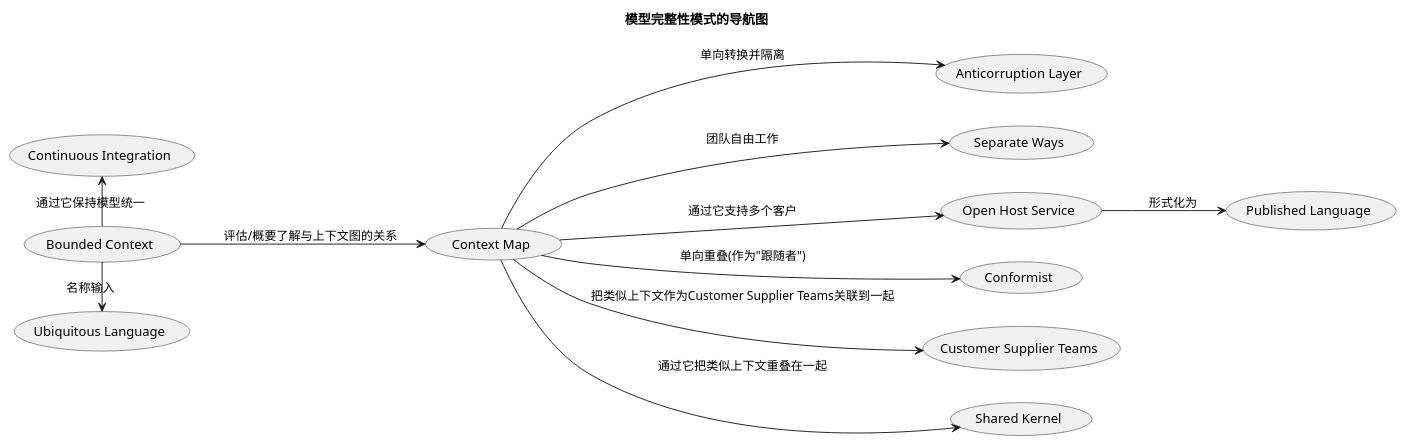
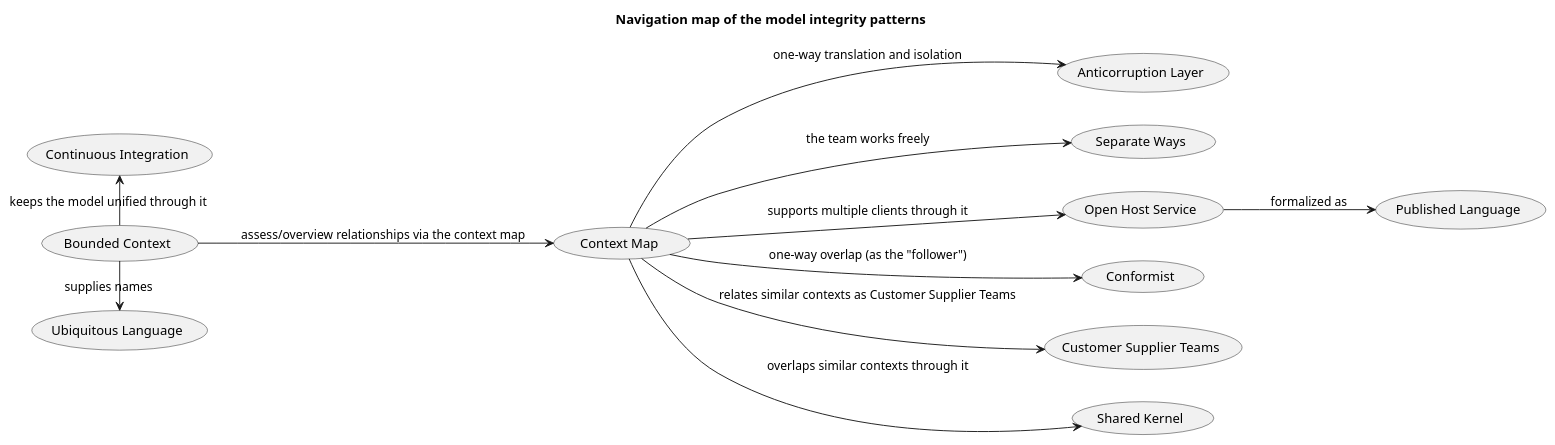
Before and after one commit to lindezhong/nvim-config: diagram 13 of 19 in snippets/ddd.md, drawn with PlantUML. The commit also changed other lines of this file and 17 other files, not shown here.

````diff
--- a/snippets/ddd.md
+++ b/snippets/ddd.md
@@ -1164,31 +1440,31 @@
 ```plantuml
 @startuml
 allowmixing
 left to right direction
-title 模型完整性模式的导航图
+title Navigation map of the model integrity patterns
 
 usecase "Ubiquitous Language" as ul
 usecase "Bounded Context" as bc
 usecase "Continuous Integration" as ci
 usecase "Context Map" as cm
 usecase "Anticorruption Layer" as al
 usecase "Separate Ways" as sw
 usecase "Open Host Service" as ohs
 usecase "Published Language" as pl
 usecase Conformist
 usecase "Customer Supplier Teams" as cst
 usecase "Shared Kernel" as sk
 
-bc -right-> ul : 名称输入
-bc -left-> ci : 通过它保持模型统一
-bc --> cm : 评估/概要了解与上下文图的关系
-cm --> al : 单向转换并隔离
-cm --> sw : 团队自由工作
-cm --> ohs : 通过它支持多个客户
-ohs --> pl : 形式化为
-cm --> Conformist : 单向重叠(作为"跟随者")
-cm --> cst : 把类似上下文作为Customer Supplier Teams关联到一起
-cm --> sk : 通过它把类似上下文重叠在一起
+bc -right-> ul : supplies names
+bc -left-> ci : keeps the model unified through it
+bc --> cm : assess/overview relationships via the context map
+cm --> al : one-way translation and isolation
+cm --> sw : the team works freely
+cm --> ohs : supports multiple clients through it
+ohs --> pl : formalized as
+cm --> Conformist : one-way overlap (as the "follower")
+cm --> cst : relates similar contexts as Customer Supplier Teams
+cm --> sk : overlaps similar contexts through it
 
 @enduml
 ```
````
